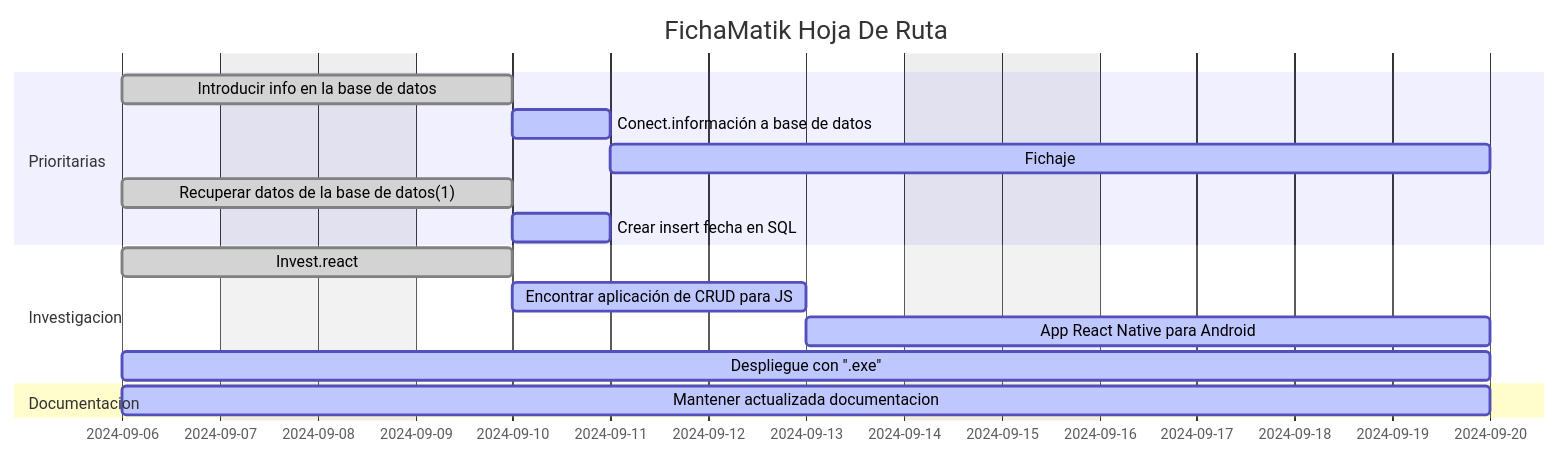
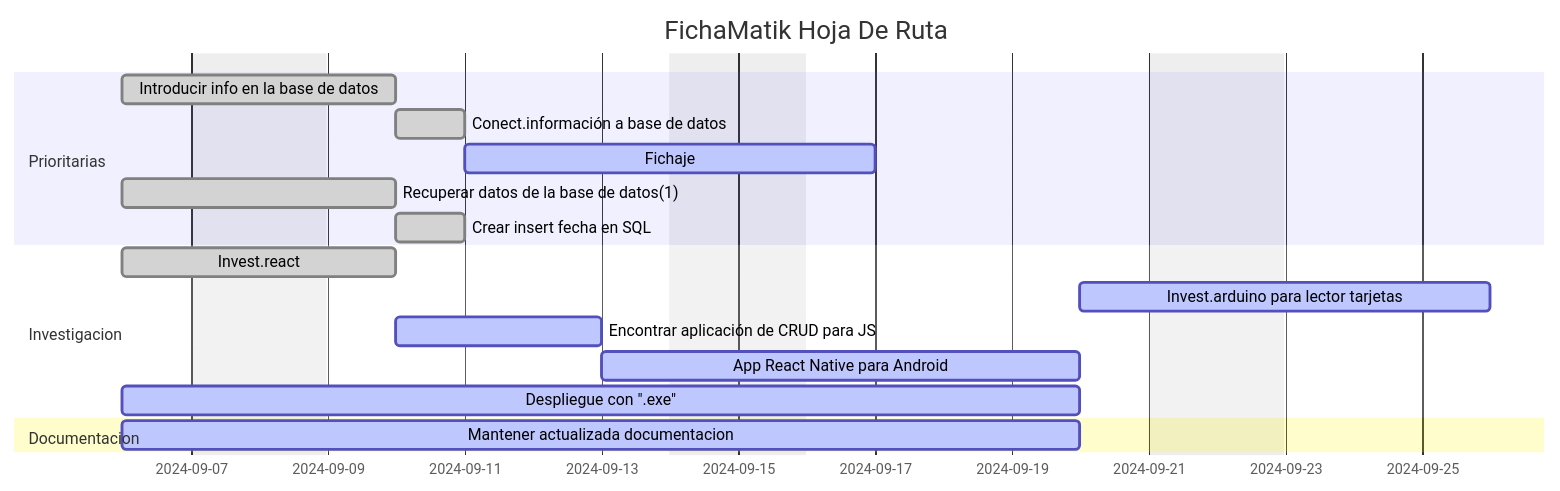
The diagram in hojaderuta.md (elMestreAcademy/fichaMatik), drawn with Mermaid before and after one commit.

Commit message:
Acualizacaón 11-9-2024

````diff
--- a/hojaderuta.md
+++ b/hojaderuta.md
@@ -5,23 +5,24 @@
 ```mermaid
 gantt
 
 dateFormat  YYYY-MM-DD
 title       FichaMatik Hoja De Ruta
 excludes    weekends
 
 section Prioritarias
 Introducir info en la base de datos         :done, a1,                  2024-09-06, 2024-09-10
-Conect.información a base de datos          :active, a2,                2024-09-10, 2024-09-11
-Fichaje                                     :active, a3, after a2       2024-09-06, 2024-09-20
+Conect.información a base de datos          :done, a2,                2024-09-10, 2024-09-11
+Fichaje                                     :active, a3, after a2       2024-09-06, 2024-09-17
 Recuperar datos de la base de datos(1)      :done, a4,                  2024-09-06, 2024-09-10
-Crear insert fecha en SQL                   :active,                    2024-09-10, 2024-09-11
+Crear insert fecha en SQL                   :done,                    2024-09-10, 2024-09-11
 
 section Investigacion
 Invest.react                                :done,                      2024-09-06, 2024-09-10
+Invest.arduino para lector tarjetas         :active, a8, after a7, 4d
 Encontrar aplicación de CRUD para JS        :active, a5,                2024-09-10, 2024-09-13
 App React Native para Android               :active, a6, after a5, 5d
 Despliegue con ".exe"                       :active, a7,                2024-09-06, 2024-09-20 
 
 section Documentacion
 Mantener actualizada documentacion          :active, a1,                2024-09-06, 2024-09-20
 ```
````
